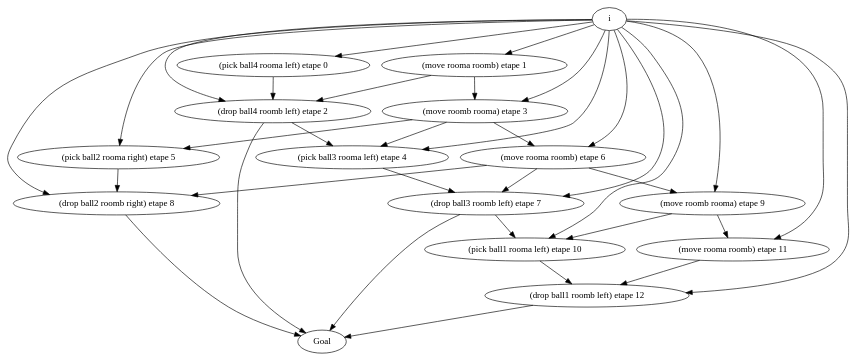
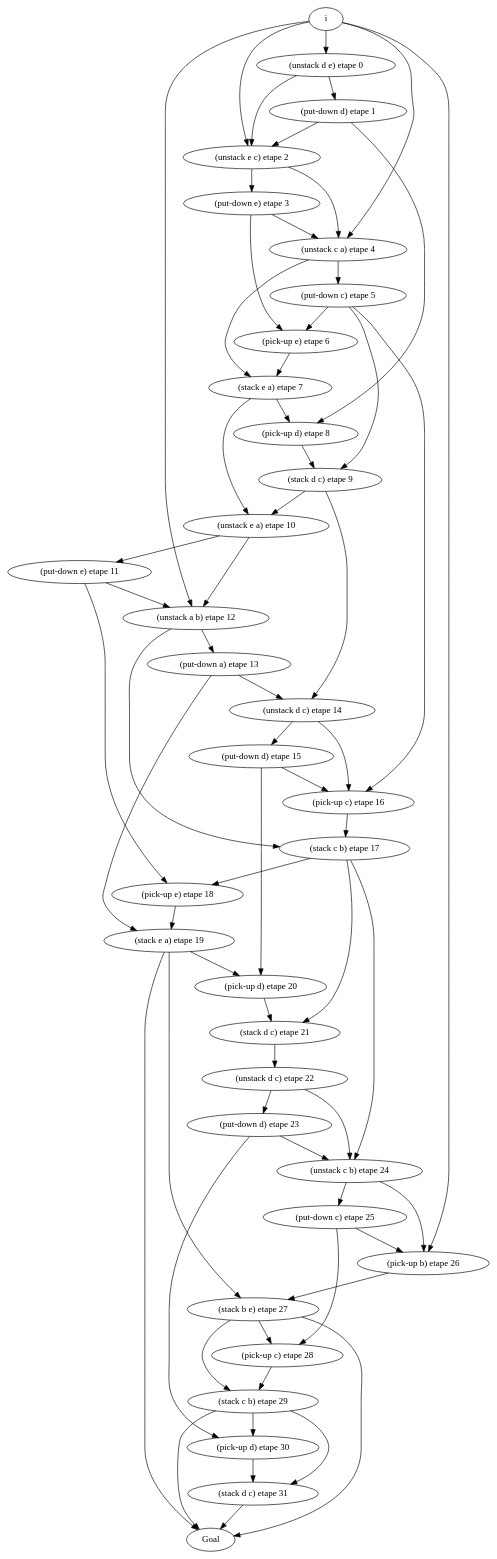
Before and after one commit to plaans/aries: the diagram in apps/graphique.dot, drawn with Graphviz. The commit also changed 8 other files, not shown here.

```diff
--- a/apps/graphique.dot
+++ b/apps/graphique.dot
@@ -1,36 +1,66 @@
 digraph D { 
-"(pick ball4 rooma left) etape 0" -> "(drop ball4 roomb left) etape 2";
-"(move rooma roomb) etape 1" -> "(drop ball4 roomb left) etape 2";
-"(move rooma roomb) etape 1" -> "(move roomb rooma) etape 3";
-"(drop ball4 roomb left) etape 2" -> "(pick ball3 rooma left) etape 4";
-"(drop ball4 roomb left) etape 2" -> " Goal ";
-"(move roomb rooma) etape 3" -> "(pick ball3 rooma left) etape 4";
-"(move roomb rooma) etape 3" -> "(pick ball2 rooma right) etape 5";
-"(move roomb rooma) etape 3" -> "(move rooma roomb) etape 6";
-"(pick ball3 rooma left) etape 4" -> "(drop ball3 roomb left) etape 7";
-"(pick ball2 rooma right) etape 5" -> "(drop ball2 roomb right) etape 8";
-"(move rooma roomb) etape 6" -> "(drop ball3 roomb left) etape 7";
-"(move rooma roomb) etape 6" -> "(drop ball2 roomb right) etape 8";
-"(move rooma roomb) etape 6" -> "(move roomb rooma) etape 9";
-"(drop ball3 roomb left) etape 7" -> "(pick ball1 rooma left) etape 10";
-"(drop ball3 roomb left) etape 7" -> " Goal ";
-"(drop ball2 roomb right) etape 8" -> " Goal ";
-"(move roomb rooma) etape 9" -> "(pick ball1 rooma left) etape 10";
-"(move roomb rooma) etape 9" -> "(move rooma roomb) etape 11";
-"(pick ball1 rooma left) etape 10" -> "(drop ball1 roomb left) etape 12";
-"(move rooma roomb) etape 11" -> "(drop ball1 roomb left) etape 12";
-"(drop ball1 roomb left) etape 12" -> " Goal ";
-" i " -> "(pick ball4 rooma left) etape 0";
-" i " -> "(move rooma roomb) etape 1";
-" i " -> "(drop ball4 roomb left) etape 2";
-" i " -> "(move roomb rooma) etape 3";
-" i " -> "(pick ball3 rooma left) etape 4";
-" i " -> "(pick ball2 rooma right) etape 5";
-" i " -> "(move rooma roomb) etape 6";
-" i " -> "(drop ball3 roomb left) etape 7";
-" i " -> "(drop ball2 roomb right) etape 8";
-" i " -> "(move roomb rooma) etape 9";
-" i " -> "(pick ball1 rooma left) etape 10";
-" i " -> "(move rooma roomb) etape 11";
-" i " -> "(drop ball1 roomb left) etape 12";
+"(unstack d e) etape 0" -> "(put-down d) etape 1";
+"(unstack d e) etape 0" -> "(unstack e c) etape 2";
+"(put-down d) etape 1" -> "(unstack e c) etape 2";
+"(put-down d) etape 1" -> "(pick-up d) etape 8";
+"(unstack e c) etape 2" -> "(put-down e) etape 3";
+"(unstack e c) etape 2" -> "(unstack c a) etape 4";
+"(put-down e) etape 3" -> "(unstack c a) etape 4";
+"(put-down e) etape 3" -> "(pick-up e) etape 6";
+"(unstack c a) etape 4" -> "(put-down c) etape 5";
+"(unstack c a) etape 4" -> "(stack e a) etape 7";
+"(put-down c) etape 5" -> "(pick-up e) etape 6";
+"(put-down c) etape 5" -> "(stack d c) etape 9";
+"(put-down c) etape 5" -> "(pick-up c) etape 16";
+"(pick-up e) etape 6" -> "(stack e a) etape 7";
+"(stack e a) etape 7" -> "(pick-up d) etape 8";
+"(stack e a) etape 7" -> "(unstack e a) etape 10";
+"(pick-up d) etape 8" -> "(stack d c) etape 9";
+"(stack d c) etape 9" -> "(unstack e a) etape 10";
+"(stack d c) etape 9" -> "(unstack d c) etape 14";
+"(unstack e a) etape 10" -> "(put-down e) etape 11";
+"(unstack e a) etape 10" -> "(unstack a b) etape 12";
+"(put-down e) etape 11" -> "(unstack a b) etape 12";
+"(put-down e) etape 11" -> "(pick-up e) etape 18";
+"(unstack a b) etape 12" -> "(put-down a) etape 13";
+"(unstack a b) etape 12" -> "(stack c b) etape 17";
+"(put-down a) etape 13" -> "(unstack d c) etape 14";
+"(put-down a) etape 13" -> "(stack e a) etape 19";
+"(unstack d c) etape 14" -> "(put-down d) etape 15";
+"(unstack d c) etape 14" -> "(pick-up c) etape 16";
+"(put-down d) etape 15" -> "(pick-up c) etape 16";
+"(put-down d) etape 15" -> "(pick-up d) etape 20";
+"(pick-up c) etape 16" -> "(stack c b) etape 17";
+"(stack c b) etape 17" -> "(pick-up e) etape 18";
+"(stack c b) etape 17" -> "(stack d c) etape 21";
+"(stack c b) etape 17" -> "(unstack c b) etape 24";
+"(pick-up e) etape 18" -> "(stack e a) etape 19";
+"(stack e a) etape 19" -> "(pick-up d) etape 20";
+"(stack e a) etape 19" -> "(stack b e) etape 27";
+"(stack e a) etape 19" -> " Goal ";
+"(pick-up d) etape 20" -> "(stack d c) etape 21";
+"(stack d c) etape 21" -> "(unstack d c) etape 22";
+"(unstack d c) etape 22" -> "(put-down d) etape 23";
+"(unstack d c) etape 22" -> "(unstack c b) etape 24";
+"(put-down d) etape 23" -> "(unstack c b) etape 24";
+"(put-down d) etape 23" -> "(pick-up d) etape 30";
+"(unstack c b) etape 24" -> "(put-down c) etape 25";
+"(unstack c b) etape 24" -> "(pick-up b) etape 26";
+"(put-down c) etape 25" -> "(pick-up b) etape 26";
+"(put-down c) etape 25" -> "(pick-up c) etape 28";
+"(pick-up b) etape 26" -> "(stack b e) etape 27";
+"(stack b e) etape 27" -> "(pick-up c) etape 28";
+"(stack b e) etape 27" -> "(stack c b) etape 29";
+"(stack b e) etape 27" -> " Goal ";
+"(pick-up c) etape 28" -> "(stack c b) etape 29";
+"(stack c b) etape 29" -> "(pick-up d) etape 30";
+"(stack c b) etape 29" -> "(stack d c) etape 31";
+"(stack c b) etape 29" -> " Goal ";
+"(pick-up d) etape 30" -> "(stack d c) etape 31";
+"(stack d c) etape 31" -> " Goal ";
+" i " -> "(unstack d e) etape 0";
+" i " -> "(unstack e c) etape 2";
+" i " -> "(unstack c a) etape 4";
+" i " -> "(unstack a b) etape 12";
+" i " -> "(pick-up b) etape 26";
 } 
```
